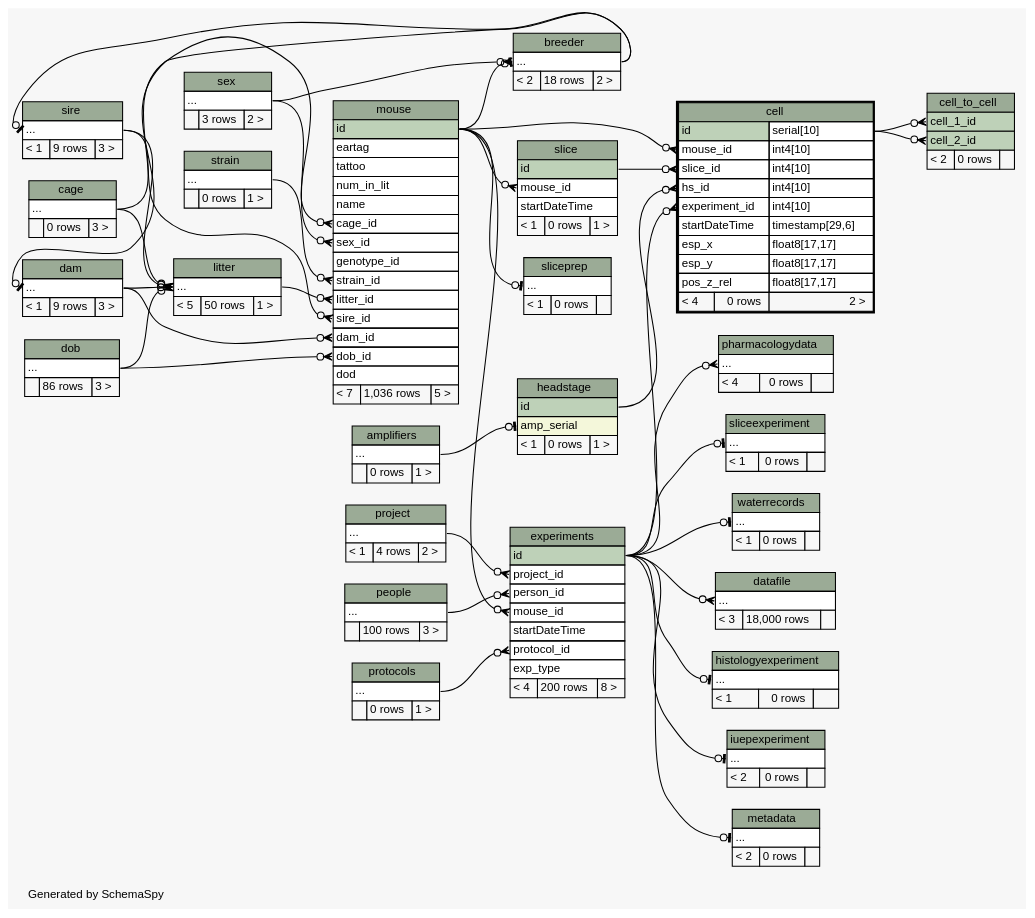
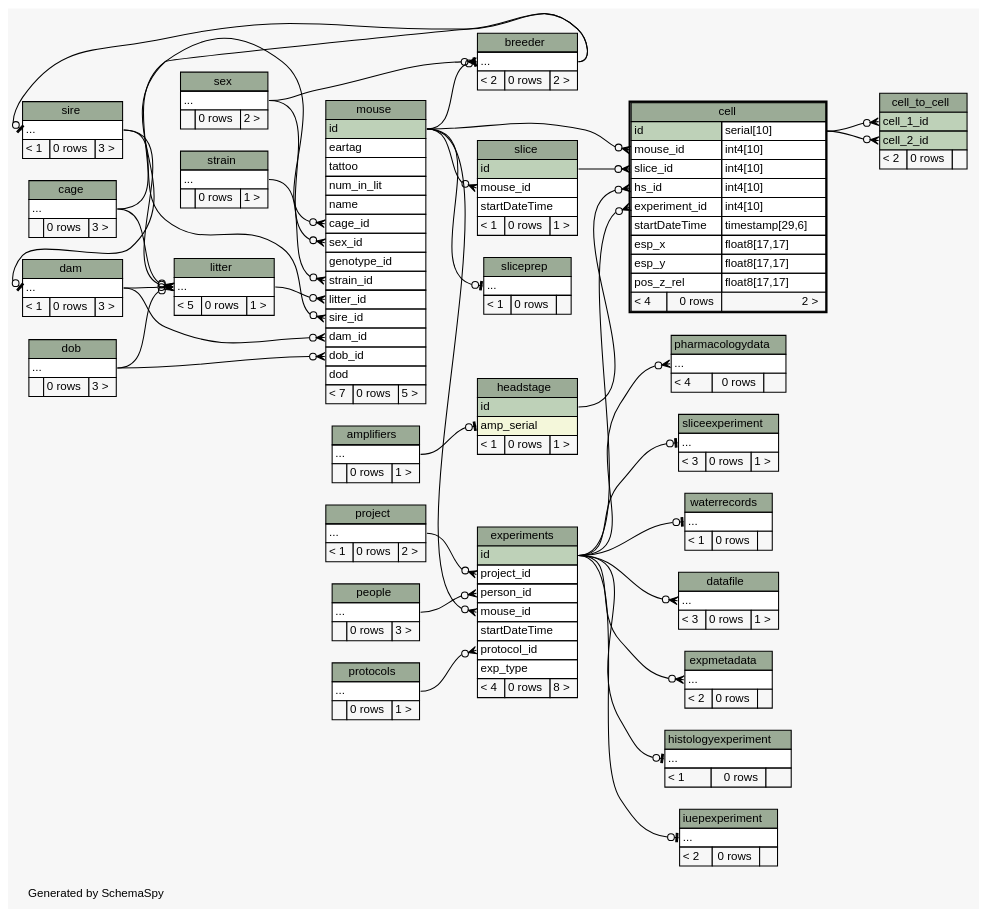
Before and after one commit to tgbugs/mlab: the diagram in database/ss/diagrams/cell.2degrees.dot, drawn with Graphviz. The commit also changed 227 other files, not shown here.

```diff
--- a/database/ss/diagrams/cell.2degrees.dot
+++ b/database/ss/diagrams/cell.2degrees.dot
@@ -33,6 +33,7 @@
   "experiments":"person_id":w -> "people":"elipses":e [arrowhead=none dir=back arrowtail=crowodot];
   "experiments":"project_id":w -> "project":"elipses":e [arrowhead=none dir=back arrowtail=crowodot];
   "experiments":"protocol_id":w -> "protocols":"elipses":e [arrowhead=none dir=back arrowtail=crowodot];
+  "expmetadata":"elipses":w -> "experiments":"id":e [arrowhead=none dir=back arrowtail=crowodot];
   "headstage":"amp_serial":w -> "amplifiers":"elipses":e [arrowhead=none dir=back arrowtail=teeodot];
   "histologyexperiment":"elipses":w -> "experiments":"id":e [arrowhead=none dir=back arrowtail=teeodot];
   "iuepexperiment":"elipses":w -> "experiments":"id":e [arrowhead=none dir=back arrowtail=teeodot];
@@ -40,7 +41,6 @@
   "litter":"elipses":w -> "dam":"elipses":e [arrowhead=none dir=back arrowtail=crowodot];
   "litter":"elipses":w -> "dob":"elipses":e [arrowhead=none dir=back arrowtail=crowodot];
   "litter":"elipses":w -> "sire":"elipses":e [arrowhead=none dir=back arrowtail=crowodot];
-  "metadata":"elipses":w -> "experiments":"id":e [arrowhead=none dir=back arrowtail=teeodot];
   "mouse":"cage_id":w -> "cage":"elipses":e [arrowhead=none dir=back arrowtail=crowodot];
   "mouse":"dam_id":w -> "dam":"elipses":e [arrowhead=none dir=back arrowtail=crowodot];
   "mouse":"dob_id":w -> "dob":"elipses":e [arrowhead=none dir=back arrowtail=crowodot];
@@ -69,7 +69,7 @@
     <TABLE BORDER="0" CELLBORDER="1" CELLSPACING="0" BGCOLOR="#ffffff">
       <TR><TD COLSPAN="3" BGCOLOR="#9bab96" ALIGN="CENTER">breeder</TD></TR>
       <TR><TD PORT="elipses" COLSPAN="3" ALIGN="LEFT">...</TD></TR>
-      <TR><TD ALIGN="LEFT" BGCOLOR="#f7f7f7">&lt; 2</TD><TD ALIGN="RIGHT" BGCOLOR="#f7f7f7">18 rows</TD><TD ALIGN="RIGHT" BGCOLOR="#f7f7f7">2 &gt;</TD></TR>
+      <TR><TD ALIGN="LEFT" BGCOLOR="#f7f7f7">&lt; 2</TD><TD ALIGN="RIGHT" BGCOLOR="#f7f7f7">0 rows</TD><TD ALIGN="RIGHT" BGCOLOR="#f7f7f7">2 &gt;</TD></TR>
     </TABLE>>
     URL="breeder.html"
     tooltip="breeder"
@@ -118,7 +118,7 @@
     <TABLE BORDER="0" CELLBORDER="1" CELLSPACING="0" BGCOLOR="#ffffff">
       <TR><TD COLSPAN="3" BGCOLOR="#9bab96" ALIGN="CENTER">dam</TD></TR>
       <TR><TD PORT="elipses" COLSPAN="3" ALIGN="LEFT">...</TD></TR>
-      <TR><TD ALIGN="LEFT" BGCOLOR="#f7f7f7">&lt; 1</TD><TD ALIGN="RIGHT" BGCOLOR="#f7f7f7">9 rows</TD><TD ALIGN="RIGHT" BGCOLOR="#f7f7f7">3 &gt;</TD></TR>
+      <TR><TD ALIGN="LEFT" BGCOLOR="#f7f7f7">&lt; 1</TD><TD ALIGN="RIGHT" BGCOLOR="#f7f7f7">0 rows</TD><TD ALIGN="RIGHT" BGCOLOR="#f7f7f7">3 &gt;</TD></TR>
     </TABLE>>
     URL="dam.html"
     tooltip="dam"
@@ -128,7 +128,7 @@
     <TABLE BORDER="0" CELLBORDER="1" CELLSPACING="0" BGCOLOR="#ffffff">
       <TR><TD COLSPAN="3" BGCOLOR="#9bab96" ALIGN="CENTER">datafile</TD></TR>
       <TR><TD PORT="elipses" COLSPAN="3" ALIGN="LEFT">...</TD></TR>
-      <TR><TD ALIGN="LEFT" BGCOLOR="#f7f7f7">&lt; 3</TD><TD ALIGN="RIGHT" BGCOLOR="#f7f7f7">18,000 rows</TD><TD ALIGN="RIGHT" BGCOLOR="#f7f7f7">  </TD></TR>
+      <TR><TD ALIGN="LEFT" BGCOLOR="#f7f7f7">&lt; 3</TD><TD ALIGN="RIGHT" BGCOLOR="#f7f7f7">0 rows</TD><TD ALIGN="RIGHT" BGCOLOR="#f7f7f7">1 &gt;</TD></TR>
     </TABLE>>
     URL="datafile.html"
     tooltip="datafile"
@@ -138,7 +138,7 @@
     <TABLE BORDER="0" CELLBORDER="1" CELLSPACING="0" BGCOLOR="#ffffff">
       <TR><TD COLSPAN="3" BGCOLOR="#9bab96" ALIGN="CENTER">dob</TD></TR>
       <TR><TD PORT="elipses" COLSPAN="3" ALIGN="LEFT">...</TD></TR>
-      <TR><TD ALIGN="LEFT" BGCOLOR="#f7f7f7">  </TD><TD ALIGN="RIGHT" BGCOLOR="#f7f7f7">86 rows</TD><TD ALIGN="RIGHT" BGCOLOR="#f7f7f7">3 &gt;</TD></TR>
+      <TR><TD ALIGN="LEFT" BGCOLOR="#f7f7f7">  </TD><TD ALIGN="RIGHT" BGCOLOR="#f7f7f7">0 rows</TD><TD ALIGN="RIGHT" BGCOLOR="#f7f7f7">3 &gt;</TD></TR>
     </TABLE>>
     URL="dob.html"
     tooltip="dob"
@@ -154,10 +154,20 @@
       <TR><TD PORT="startDateTime" COLSPAN="3" ALIGN="LEFT">startDateTime</TD></TR>
       <TR><TD PORT="protocol_id" COLSPAN="3" ALIGN="LEFT">protocol_id</TD></TR>
       <TR><TD PORT="exp_type" COLSPAN="3" ALIGN="LEFT">exp_type</TD></TR>
-      <TR><TD ALIGN="LEFT" BGCOLOR="#f7f7f7">&lt; 4</TD><TD ALIGN="RIGHT" BGCOLOR="#f7f7f7">200 rows</TD><TD ALIGN="RIGHT" BGCOLOR="#f7f7f7">8 &gt;</TD></TR>
+      <TR><TD ALIGN="LEFT" BGCOLOR="#f7f7f7">&lt; 4</TD><TD ALIGN="RIGHT" BGCOLOR="#f7f7f7">0 rows</TD><TD ALIGN="RIGHT" BGCOLOR="#f7f7f7">8 &gt;</TD></TR>
     </TABLE>>
     URL="experiments.html"
     tooltip="experiments"
+  ];
+  "expmetadata" [
+    label=<
+    <TABLE BORDER="0" CELLBORDER="1" CELLSPACING="0" BGCOLOR="#ffffff">
+      <TR><TD COLSPAN="3" BGCOLOR="#9bab96" ALIGN="CENTER">expmetadata</TD></TR>
+      <TR><TD PORT="elipses" COLSPAN="3" ALIGN="LEFT">...</TD></TR>
+      <TR><TD ALIGN="LEFT" BGCOLOR="#f7f7f7">&lt; 2</TD><TD ALIGN="RIGHT" BGCOLOR="#f7f7f7">0 rows</TD><TD ALIGN="RIGHT" BGCOLOR="#f7f7f7">  </TD></TR>
+    </TABLE>>
+    URL="expmetadata.html"
+    tooltip="expmetadata"
   ];
   "headstage" [
     label=<
@@ -195,20 +205,10 @@
     <TABLE BORDER="0" CELLBORDER="1" CELLSPACING="0" BGCOLOR="#ffffff">
       <TR><TD COLSPAN="3" BGCOLOR="#9bab96" ALIGN="CENTER">litter</TD></TR>
       <TR><TD PORT="elipses" COLSPAN="3" ALIGN="LEFT">...</TD></TR>
-      <TR><TD ALIGN="LEFT" BGCOLOR="#f7f7f7">&lt; 5</TD><TD ALIGN="RIGHT" BGCOLOR="#f7f7f7">50 rows</TD><TD ALIGN="RIGHT" BGCOLOR="#f7f7f7">1 &gt;</TD></TR>
+      <TR><TD ALIGN="LEFT" BGCOLOR="#f7f7f7">&lt; 5</TD><TD ALIGN="RIGHT" BGCOLOR="#f7f7f7">0 rows</TD><TD ALIGN="RIGHT" BGCOLOR="#f7f7f7">1 &gt;</TD></TR>
     </TABLE>>
     URL="litter.html"
     tooltip="litter"
-  ];
-  "metadata" [
-    label=<
-    <TABLE BORDER="0" CELLBORDER="1" CELLSPACING="0" BGCOLOR="#ffffff">
-      <TR><TD COLSPAN="3" BGCOLOR="#9bab96" ALIGN="CENTER">metadata</TD></TR>
-      <TR><TD PORT="elipses" COLSPAN="3" ALIGN="LEFT">...</TD></TR>
-      <TR><TD ALIGN="LEFT" BGCOLOR="#f7f7f7">&lt; 2</TD><TD ALIGN="RIGHT" BGCOLOR="#f7f7f7">0 rows</TD><TD ALIGN="RIGHT" BGCOLOR="#f7f7f7">  </TD></TR>
-    </TABLE>>
-    URL="metadata.html"
-    tooltip="metadata"
   ];
   "mouse" [
     label=<
@@ -228,7 +228,7 @@
       <TR><TD PORT="dam_id" COLSPAN="3" ALIGN="LEFT">dam_id</TD></TR>
       <TR><TD PORT="dob_id" COLSPAN="3" ALIGN="LEFT">dob_id</TD></TR>
       <TR><TD PORT="dod" COLSPAN="3" ALIGN="LEFT">dod</TD></TR>
-      <TR><TD ALIGN="LEFT" BGCOLOR="#f7f7f7">&lt; 7</TD><TD ALIGN="RIGHT" BGCOLOR="#f7f7f7">1,036 rows</TD><TD ALIGN="RIGHT" BGCOLOR="#f7f7f7">5 &gt;</TD></TR>
+      <TR><TD ALIGN="LEFT" BGCOLOR="#f7f7f7">&lt; 7</TD><TD ALIGN="RIGHT" BGCOLOR="#f7f7f7">0 rows</TD><TD ALIGN="RIGHT" BGCOLOR="#f7f7f7">5 &gt;</TD></TR>
     </TABLE>>
     URL="mouse.html"
     tooltip="mouse"
@@ -238,7 +238,7 @@
     <TABLE BORDER="0" CELLBORDER="1" CELLSPACING="0" BGCOLOR="#ffffff">
       <TR><TD COLSPAN="3" BGCOLOR="#9bab96" ALIGN="CENTER">people</TD></TR>
       <TR><TD PORT="elipses" COLSPAN="3" ALIGN="LEFT">...</TD></TR>
-      <TR><TD ALIGN="LEFT" BGCOLOR="#f7f7f7">  </TD><TD ALIGN="RIGHT" BGCOLOR="#f7f7f7">100 rows</TD><TD ALIGN="RIGHT" BGCOLOR="#f7f7f7">3 &gt;</TD></TR>
+      <TR><TD ALIGN="LEFT" BGCOLOR="#f7f7f7">  </TD><TD ALIGN="RIGHT" BGCOLOR="#f7f7f7">0 rows</TD><TD ALIGN="RIGHT" BGCOLOR="#f7f7f7">3 &gt;</TD></TR>
     </TABLE>>
     URL="people.html"
     tooltip="people"
@@ -258,7 +258,7 @@
     <TABLE BORDER="0" CELLBORDER="1" CELLSPACING="0" BGCOLOR="#ffffff">
       <TR><TD COLSPAN="3" BGCOLOR="#9bab96" ALIGN="CENTER">project</TD></TR>
       <TR><TD PORT="elipses" COLSPAN="3" ALIGN="LEFT">...</TD></TR>
-      <TR><TD ALIGN="LEFT" BGCOLOR="#f7f7f7">&lt; 1</TD><TD ALIGN="RIGHT" BGCOLOR="#f7f7f7">4 rows</TD><TD ALIGN="RIGHT" BGCOLOR="#f7f7f7">2 &gt;</TD></TR>
+      <TR><TD ALIGN="LEFT" BGCOLOR="#f7f7f7">&lt; 1</TD><TD ALIGN="RIGHT" BGCOLOR="#f7f7f7">0 rows</TD><TD ALIGN="RIGHT" BGCOLOR="#f7f7f7">2 &gt;</TD></TR>
     </TABLE>>
     URL="project.html"
     tooltip="project"
@@ -278,7 +278,7 @@
     <TABLE BORDER="0" CELLBORDER="1" CELLSPACING="0" BGCOLOR="#ffffff">
       <TR><TD COLSPAN="3" BGCOLOR="#9bab96" ALIGN="CENTER">sex</TD></TR>
       <TR><TD PORT="elipses" COLSPAN="3" ALIGN="LEFT">...</TD></TR>
-      <TR><TD ALIGN="LEFT" BGCOLOR="#f7f7f7">  </TD><TD ALIGN="RIGHT" BGCOLOR="#f7f7f7">3 rows</TD><TD ALIGN="RIGHT" BGCOLOR="#f7f7f7">2 &gt;</TD></TR>
+      <TR><TD ALIGN="LEFT" BGCOLOR="#f7f7f7">  </TD><TD ALIGN="RIGHT" BGCOLOR="#f7f7f7">0 rows</TD><TD ALIGN="RIGHT" BGCOLOR="#f7f7f7">2 &gt;</TD></TR>
     </TABLE>>
     URL="sex.html"
     tooltip="sex"
@@ -288,7 +288,7 @@
     <TABLE BORDER="0" CELLBORDER="1" CELLSPACING="0" BGCOLOR="#ffffff">
       <TR><TD COLSPAN="3" BGCOLOR="#9bab96" ALIGN="CENTER">sire</TD></TR>
       <TR><TD PORT="elipses" COLSPAN="3" ALIGN="LEFT">...</TD></TR>
-      <TR><TD ALIGN="LEFT" BGCOLOR="#f7f7f7">&lt; 1</TD><TD ALIGN="RIGHT" BGCOLOR="#f7f7f7">9 rows</TD><TD ALIGN="RIGHT" BGCOLOR="#f7f7f7">3 &gt;</TD></TR>
+      <TR><TD ALIGN="LEFT" BGCOLOR="#f7f7f7">&lt; 1</TD><TD ALIGN="RIGHT" BGCOLOR="#f7f7f7">0 rows</TD><TD ALIGN="RIGHT" BGCOLOR="#f7f7f7">3 &gt;</TD></TR>
     </TABLE>>
     URL="sire.html"
     tooltip="sire"
@@ -310,7 +310,7 @@
     <TABLE BORDER="0" CELLBORDER="1" CELLSPACING="0" BGCOLOR="#ffffff">
       <TR><TD COLSPAN="3" BGCOLOR="#9bab96" ALIGN="CENTER">sliceexperiment</TD></TR>
       <TR><TD PORT="elipses" COLSPAN="3" ALIGN="LEFT">...</TD></TR>
-      <TR><TD ALIGN="LEFT" BGCOLOR="#f7f7f7">&lt; 1</TD><TD ALIGN="RIGHT" BGCOLOR="#f7f7f7">0 rows</TD><TD ALIGN="RIGHT" BGCOLOR="#f7f7f7">  </TD></TR>
+      <TR><TD ALIGN="LEFT" BGCOLOR="#f7f7f7">&lt; 3</TD><TD ALIGN="RIGHT" BGCOLOR="#f7f7f7">0 rows</TD><TD ALIGN="RIGHT" BGCOLOR="#f7f7f7">1 &gt;</TD></TR>
     </TABLE>>
     URL="sliceexperiment.html"
     tooltip="sliceexperiment"
```
